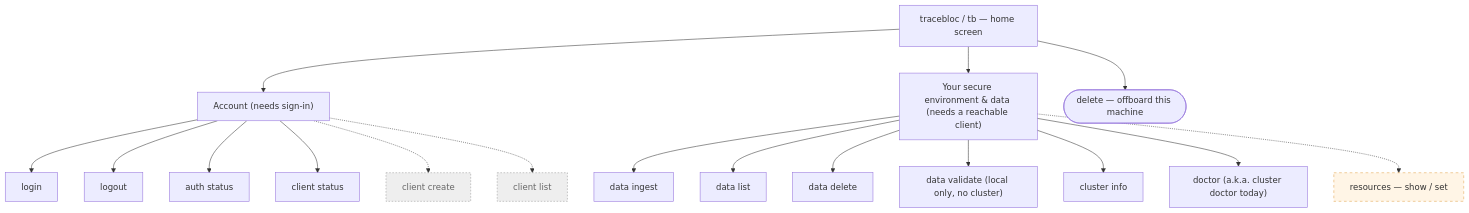
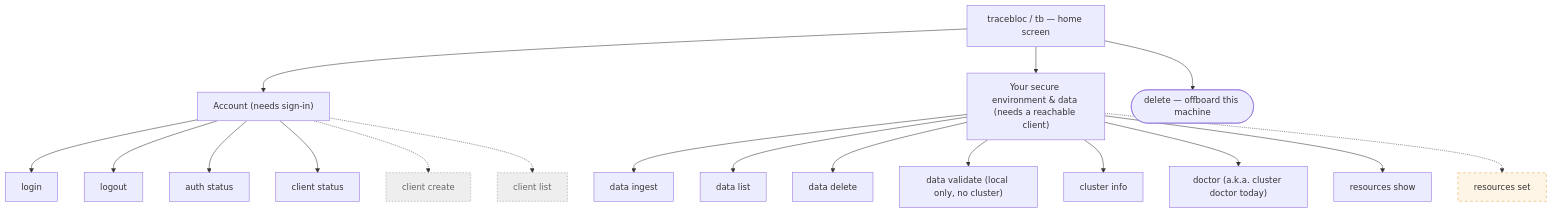
The first of 4 diagrams in docs/cli-navigation.md (tracebloc/cli), drawn with Mermaid before and after one commit. The commit also changed other lines of this file, not shown here.

First line of the commit message:
docs: nav-map — resources show shipped (#237); rebase on develop

````diff
--- a/docs/cli-navigation.md
+++ b/docs/cli-navigation.md
@@ -15,26 +15,27 @@
 ```mermaid
 flowchart TD
   H0["tracebloc / tb — home screen"]
 
   H0 --> ACCT["Account (needs sign-in)"]
   H0 --> ENVC["Your secure environment &amp; data (needs a reachable client)"]
   H0 --> OFF(["delete — offboard this machine"])
 
   ACCT --> login["login"]
   ACCT --> logout["logout"]
   ACCT --> authst["auth status"]
   ACCT --> clis["client status"]
   ACCT -.-> clcreate["client create"]:::hidden
   ACCT -.-> cllist["client list"]:::hidden
 
   ENVC --> di["data ingest"]
   ENVC --> dl["data list"]
   ENVC --> dd["data delete"]
   ENVC --> dv["data validate (local only, no cluster)"]
   ENVC --> ci["cluster info"]
   ENVC --> doc["doctor (a.k.a. cluster doctor today)"]
-  ENVC -.-> res["resources — show / set"]:::proposed
+  ENVC --> res["resources show"]
+  ENVC -.-> resset["resources set"]:::proposed
 
   classDef hidden fill:#eee,stroke:#999,stroke-dasharray:3 3,color:#666;
   classDef proposed fill:#fff5e6,stroke:#e0a24a,stroke-dasharray:5 5;
 ```
````
